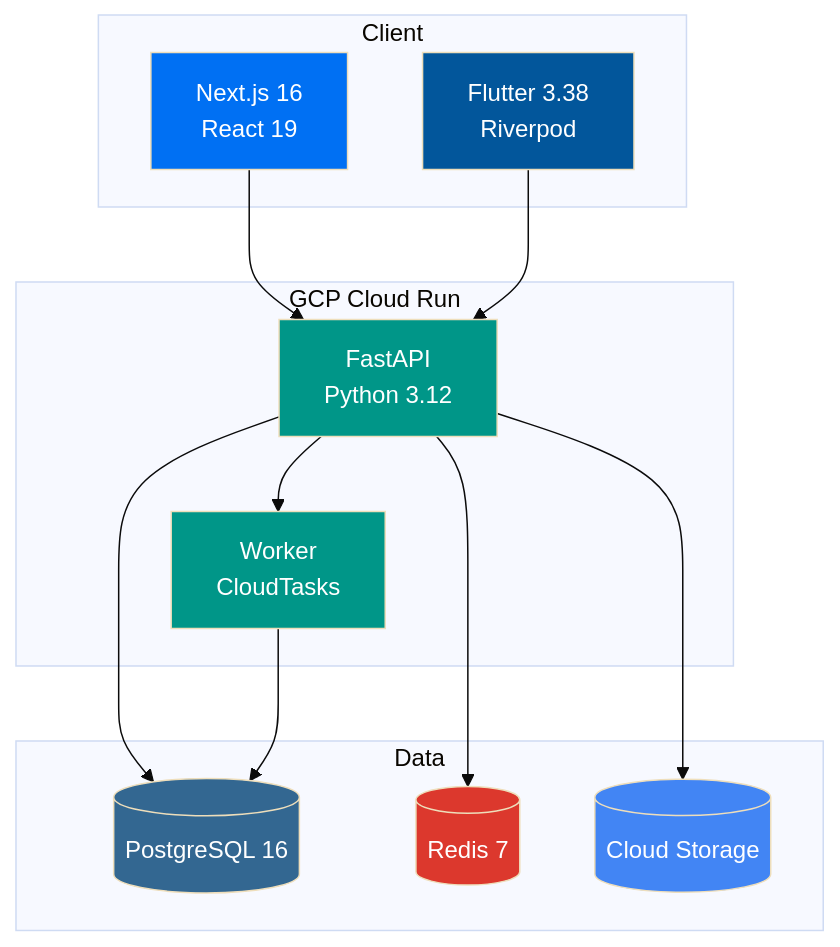
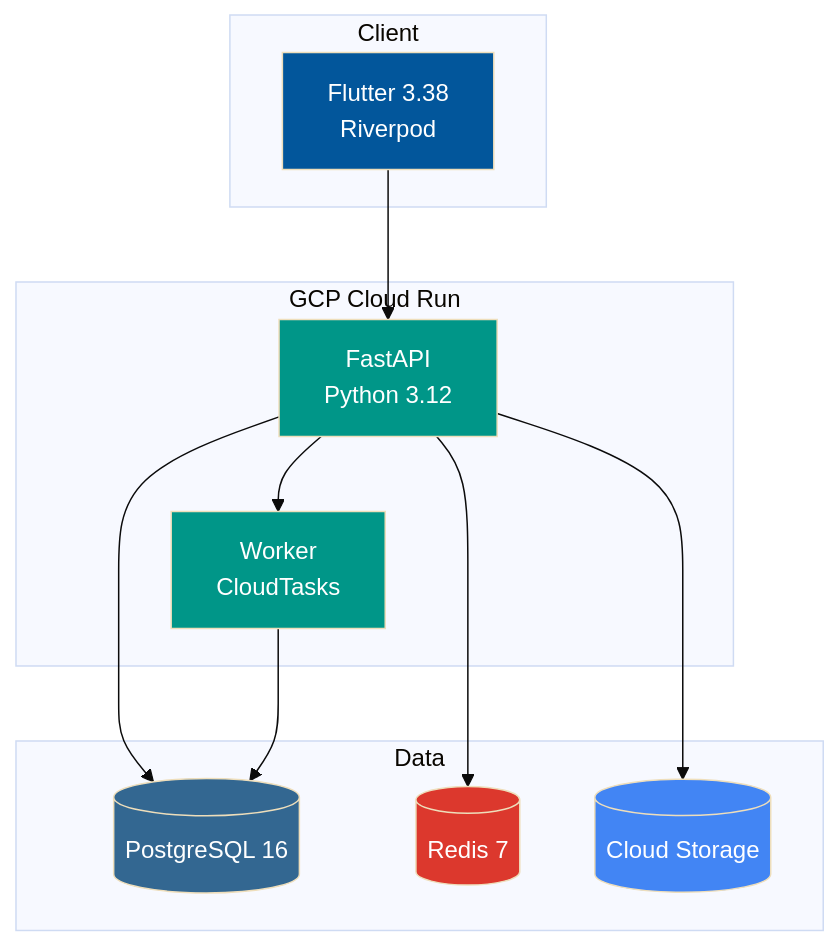
The first of 2 diagrams in README.md (first-fluke/juny), drawn with Mermaid (base theme) before and after one commit. The commit also changed other lines of this file and 7 other files, not shown here.

````diff
--- a/README.md
+++ b/README.md
@@ -16,34 +16,31 @@
 ```mermaid
 graph TB
     subgraph Client
-        Web[Next.js 16<br/>React 19]
         Mobile[Flutter 3.38<br/>Riverpod]
     end
 
     subgraph GCP["GCP Cloud Run"]
         API[FastAPI<br/>Python 3.12]
         Worker[Worker<br/>CloudTasks]
     end
 
     subgraph Data
         DB[(PostgreSQL 16)]
         Cache[(Redis 7)]
         Storage[(Cloud Storage)]
     end
 
-    Web --> API
     Mobile --> API
     API --> DB
     API --> Cache
     API --> Worker
     Worker --> DB
     API --> Storage
 
-    style Web fill:#0070f3,color:#fff
     style Mobile fill:#02569B,color:#fff
     style API fill:#009688,color:#fff
     style Worker fill:#009688,color:#fff
     style DB fill:#336791,color:#fff
     style Cache fill:#DC382D,color:#fff
     style Storage fill:#4285F4,color:#fff
 ```
````
